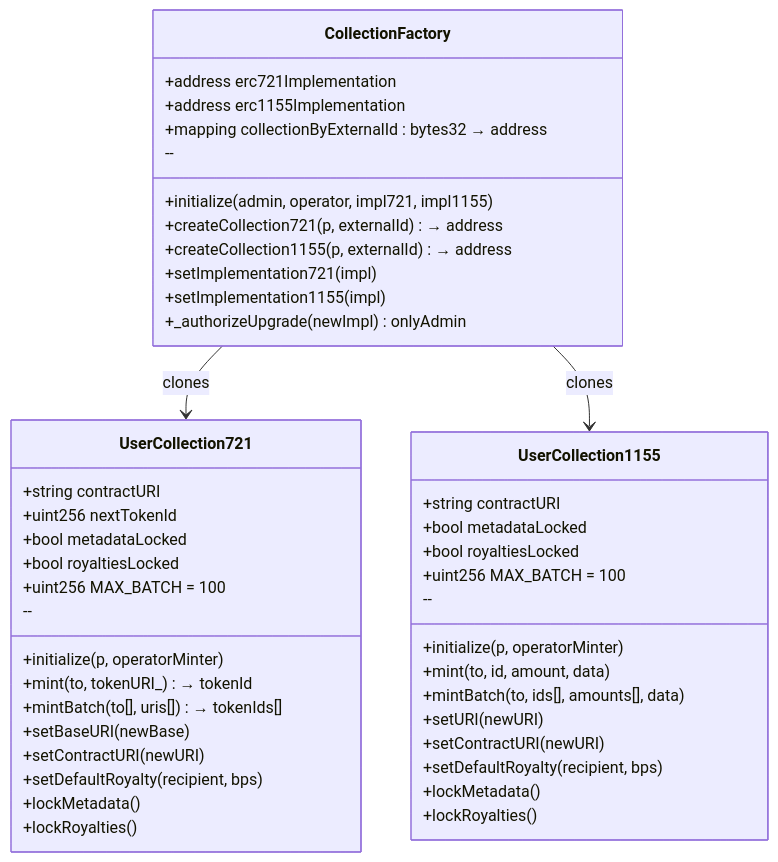
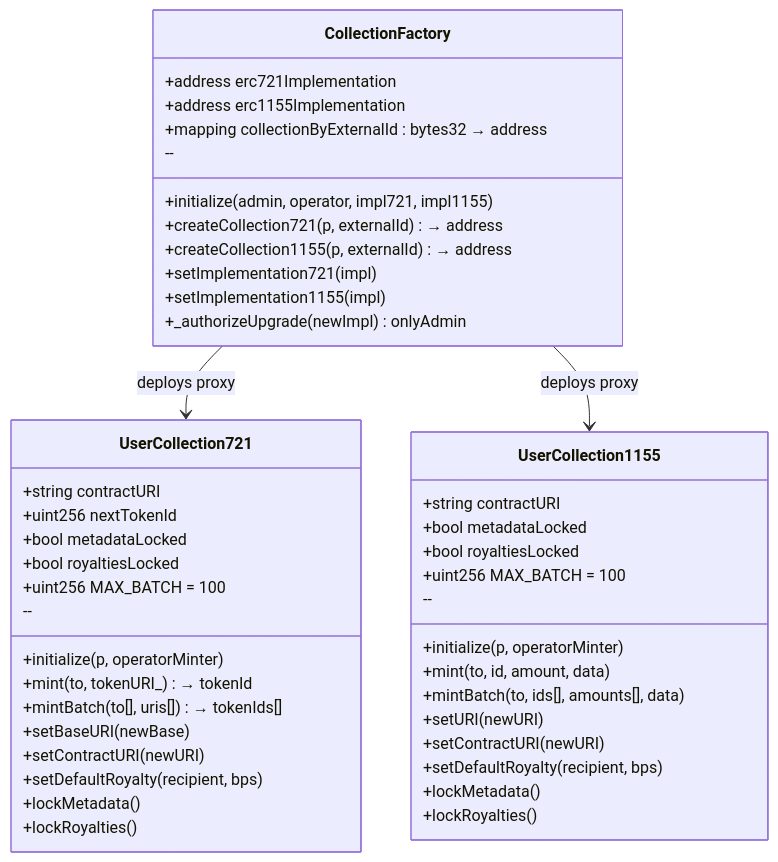
The third of 6 diagrams in src/collections/doc/spec/user-collections-specification.md (NodleCode/rollup), drawn with Mermaid before and after one commit. The commit also changed other lines of this file, not shown here.

First line of the commit message:
docs(collections): refit spec for ERC1967Proxy per-collection deploy

````diff
--- a/src/collections/doc/spec/user-collections-specification.md
+++ b/src/collections/doc/spec/user-collections-specification.md
@@ -185,51 +187,51 @@
 ```mermaid
 classDiagram
     class CollectionFactory {
         +address erc721Implementation
         +address erc1155Implementation
         +mapping collectionByExternalId : bytes32 → address
         --
         +initialize(admin, operator, impl721, impl1155)
         +createCollection721(p, externalId) → address
         +createCollection1155(p, externalId) → address
         +setImplementation721(impl)
         +setImplementation1155(impl)
         +_authorizeUpgrade(newImpl) onlyAdmin
     }
 
     class UserCollection721 {
         +string contractURI
         +uint256 nextTokenId
         +bool metadataLocked
         +bool royaltiesLocked
         +uint256 MAX_BATCH = 100
         --
         +initialize(p, operatorMinter)
         +mint(to, tokenURI_) → tokenId
         +mintBatch(to[], uris[]) → tokenIds[]
         +setBaseURI(newBase)
         +setContractURI(newURI)
         +setDefaultRoyalty(recipient, bps)
         +lockMetadata()
         +lockRoyalties()
     }
 
     class UserCollection1155 {
         +string contractURI
         +bool metadataLocked
         +bool royaltiesLocked
         +uint256 MAX_BATCH = 100
         --
         +initialize(p, operatorMinter)
         +mint(to, id, amount, data)
         +mintBatch(to, ids[], amounts[], data)
         +setURI(newURI)
         +setContractURI(newURI)
         +setDefaultRoyalty(recipient, bps)
         +lockMetadata()
         +lockRoyalties()
     }
 
-    CollectionFactory --> UserCollection721 : clones
-    CollectionFactory --> UserCollection1155 : clones
+    CollectionFactory --> UserCollection721 : deploys proxy
+    CollectionFactory --> UserCollection1155 : deploys proxy
 ```
````
